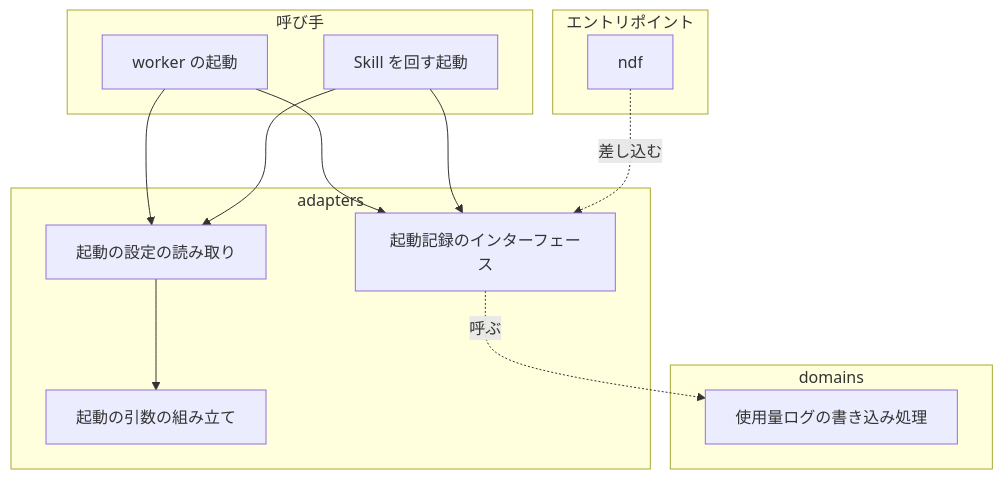
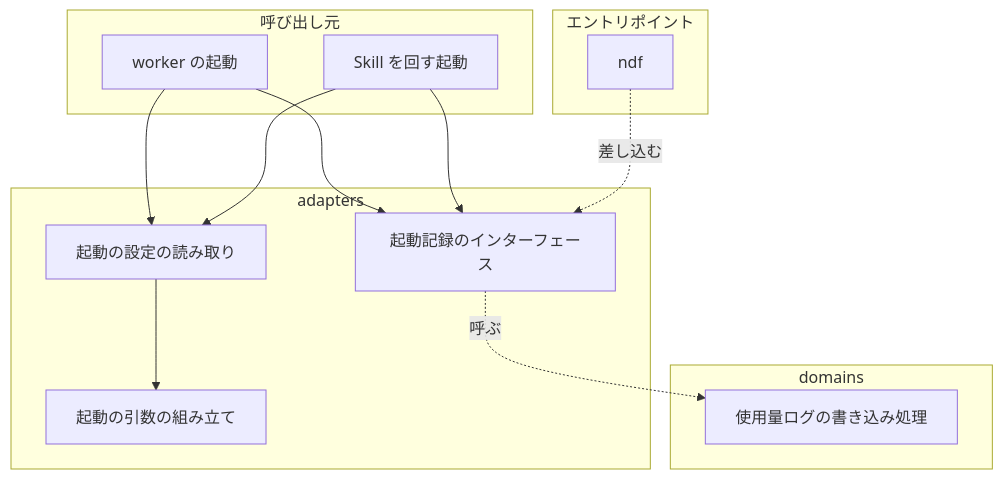
The third of 4 diagrams in issues/issue-1959-design.md (devbasex/ai-plugins), drawn with Mermaid before and after one commit. The commit also changed other lines of this file and 1 other file, not shown here.

````diff
--- a/issues/issue-1959-design.md
+++ b/issues/issue-1959-design.md
@@ -141,22 +141,22 @@
 ```mermaid
 graph TD
     subgraph エントリポイント
         E[ndf]
     end
-    subgraph 呼び手
+    subgraph 呼び出し元
         W[worker の起動]
         S[Skill を回す起動]
     end
     subgraph adapters
         G[起動の設定の読み取り]
         A[起動の引数の組み立て]
         K[起動記録のインターフェース]
     end
     subgraph domains
         U[使用量ログの書き込み処理]
     end
     W & S --> G --> A
     W & S --> K
     E -. 差し込む .-> K
     K -. 呼ぶ .-> U
 ```
````
